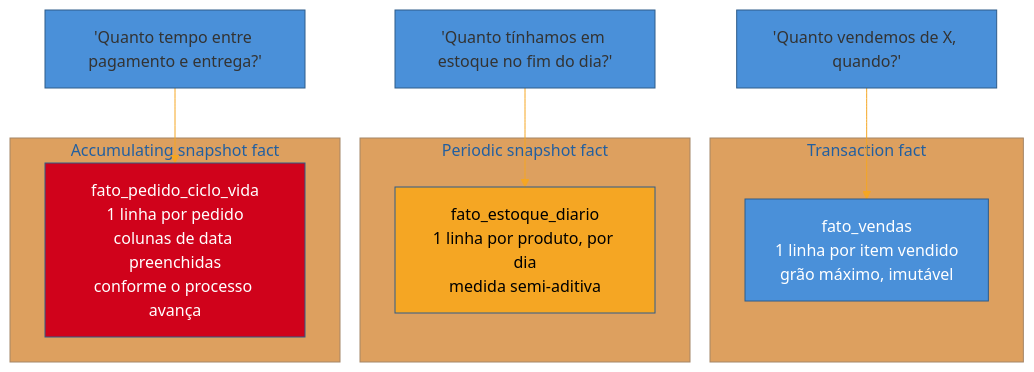
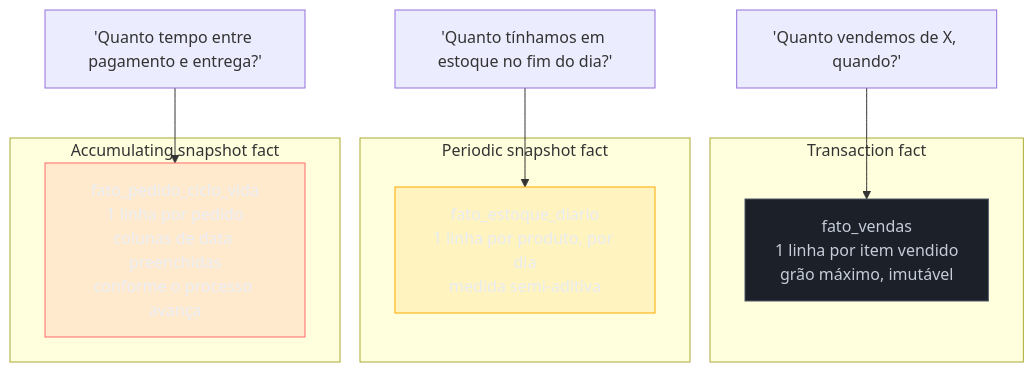
Before and after one commit to josenaldo/codex-technomanticus: the second of 3 diagrams in 03-Dominios/Engenharia/Dados/2 - Modelagem para analytics/03 - Star vs snowflake e tipos de fato.md, drawn with Mermaid. The commit also changed other lines of this file and 1181 other files, not shown here.

First line of the commit message:
fix(diagramas): paleta do sistema no lugar de cor cravada no markdown

````diff
--- a/03-Dominios/Engenharia/Dados/2 - Modelagem para analytics/03 - Star vs snowflake e tipos de fato.md
+++ b/03-Dominios/Engenharia/Dados/2 - Modelagem para analytics/03 - Star vs snowflake e tipos de fato.md
@@ -199,21 +200,23 @@
 ```mermaid
-%%{init: {"theme": "base", "themeVariables": {"primaryColor": "#4A90D9", "primaryBorderColor": "#2E5C8A", "lineColor": "#F5A623"}}}%%
 graph TB
+    classDef neutro fill:#1B2029,stroke:#4E5666,color:#C6CCD8
+    classDef destaque fill:#FFAA0024,stroke:#FFAA00,color:#E9ECF2
+    classDef falha fill:#FF6B6B24,stroke:#FF6B6B,color:#E9ECF2
     subgraph T["Transaction fact"]
         T1["fato_vendas<br/>1 linha por item vendido<br/>grão máximo, imutável"]
     end
     subgraph P["Periodic snapshot fact"]
         P1["fato_estoque_diario<br/>1 linha por produto, por dia<br/>medida semi-aditiva"]
     end
     subgraph A["Accumulating snapshot fact"]
         A1["fato_pedido_ciclo_vida<br/>1 linha por pedido<br/>colunas de data preenchidas<br/>conforme o processo avança"]
     end
 
     Pergunta1["'Quanto vendemos de X, quando?'"] --> T1
     Pergunta2["'Quanto tínhamos em estoque no fim do dia?'"] --> P1
     Pergunta3["'Quanto tempo entre pagamento e entrega?'"] --> A1
 
-    style T1 fill:#4A90D9,color:#fff
-    style P1 fill:#F5A623,color:#000
-    style A1 fill:#D0021B,color:#fff
+    class T1 neutro
+    class P1 destaque
+    class A1 falha
 ```
````
